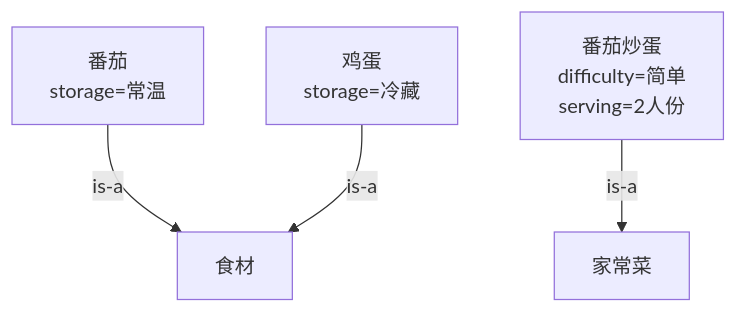
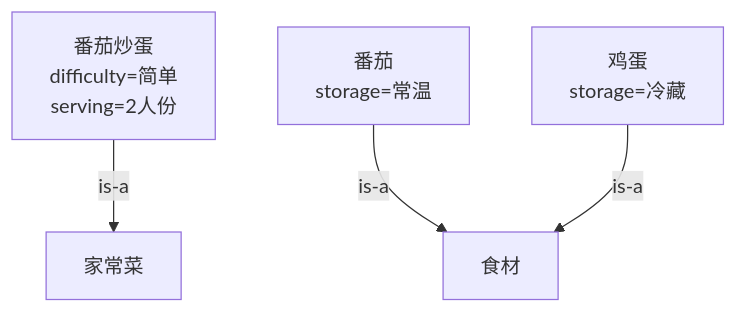
The diagram in samples/business-kg-js-demo/generated/mermaid/recipe-knowledge-dlist-classification.mmd (MichengLiang/asciidoc-abundant-tree), drawn with Mermaid before and after one commit. The commit also changed other lines of this file and 76 other files, not shown here.

```diff
--- a/samples/business-kg-js-demo/generated/mermaid/recipe-knowledge-dlist-classification.mmd
+++ b/samples/business-kg-js-demo/generated/mermaid/recipe-knowledge-dlist-classification.mmd
@@ -1,10 +1,10 @@
 graph TD
   %% 家庭食材与菜谱知识库：组成层级 + 描述列表字段：classification
+  N2["番茄炒蛋\ndifficulty=简单\nserving=2人份"]
+  N3["鸡蛋\nstorage=冷藏"]
+  N1["番茄\nstorage=常温"]
+  N5["食材"]
   N4["家常菜"]
-  N1["番茄\nstorage=常温"]
-  N2["番茄炒蛋\ndifficulty=简单\nserving=2人份"]
-  N5["食材"]
-  N3["鸡蛋\nstorage=冷藏"]
   N1 -->|is-a| N5
   N2 -->|is-a| N4
   N3 -->|is-a| N5
```
